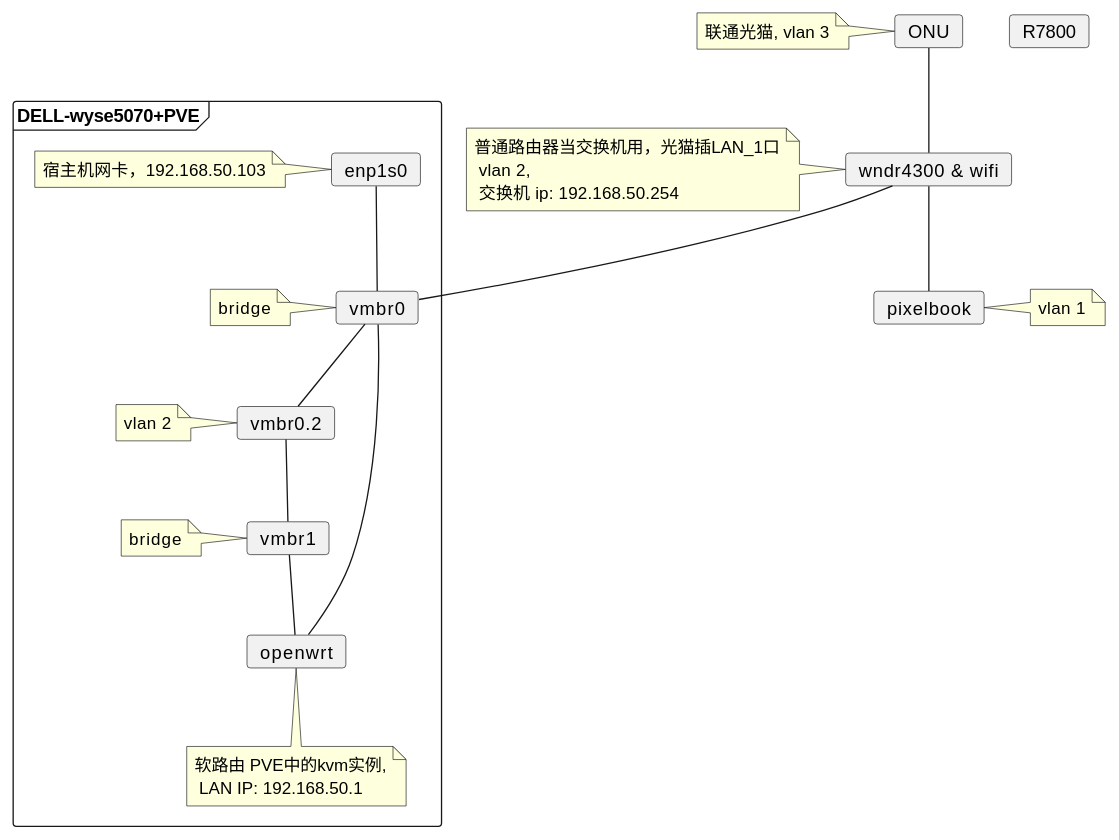
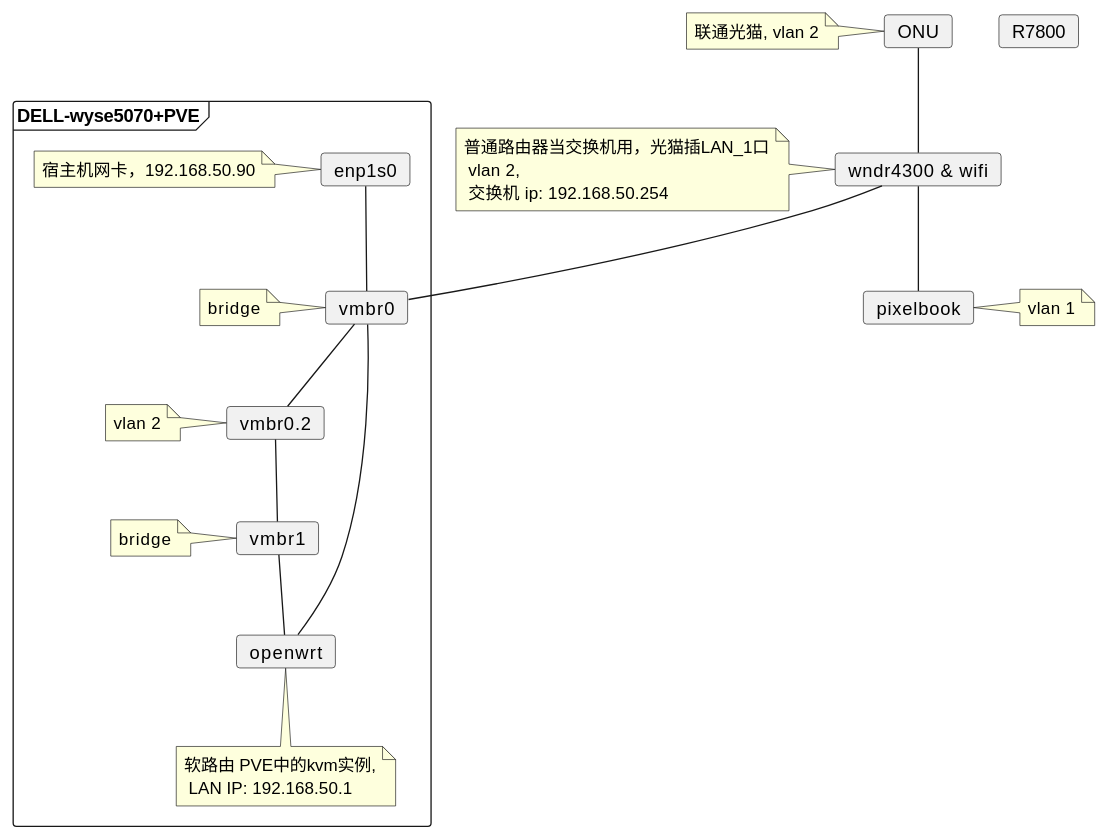
One commit to wiloon/blog changed the diagram in content/post/network/软路由.md. Above: the diagram before and after it, drawn with PlantUML. The commit also changed other lines of this file and 3 other files, not shown here.

````diff
--- a/content/post/network/软路由.md
+++ b/content/post/network/软路由.md
@@ -39,36 +38,36 @@
 ```puml
 @startuml
 card ONU as onu
-note left: 联通光猫, vlan 3
+note left: 联通光猫, vlan 2
 card "wndr4300 & wifi" as switch
 note left: 普通路由器当交换机用，光猫插LAN_1口\n vlan 2,\n 交换机 ip: 192.168.50.254
 
 frame DELL-wyse5070+PVE{
     card vmbr0
     note left: bridge
     card enp1s0
-    note left: 宿主机网卡，192.168.50.103
+    note left: 宿主机网卡，192.168.50.90
     enp1s0 -- vmbr0
 
     card vmbr0.2
     note left: vlan 2
     vmbr0 -- vmbr0.2
     card vmbr1 
     note left: bridge
     vmbr0.2 -- vmbr1
  
     card openwrt as router
     note bottom: 软路由 PVE中的kvm实例,\n LAN IP: 192.168.50.1
 
     vmbr1 -- router
     vmbr0 -- router
 }
 
 card R7800
 card pixelbook
 note right: vlan 1
 onu -- switch
 switch -- vmbr0
 switch -- pixelbook
 @enduml
 ```
````
